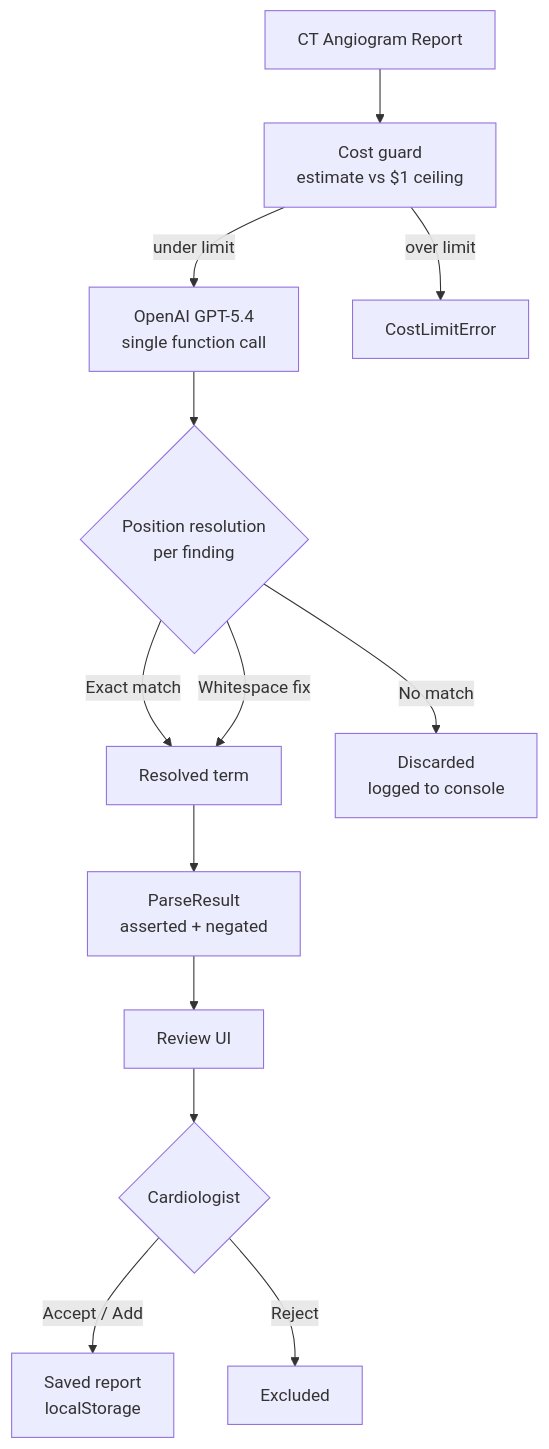
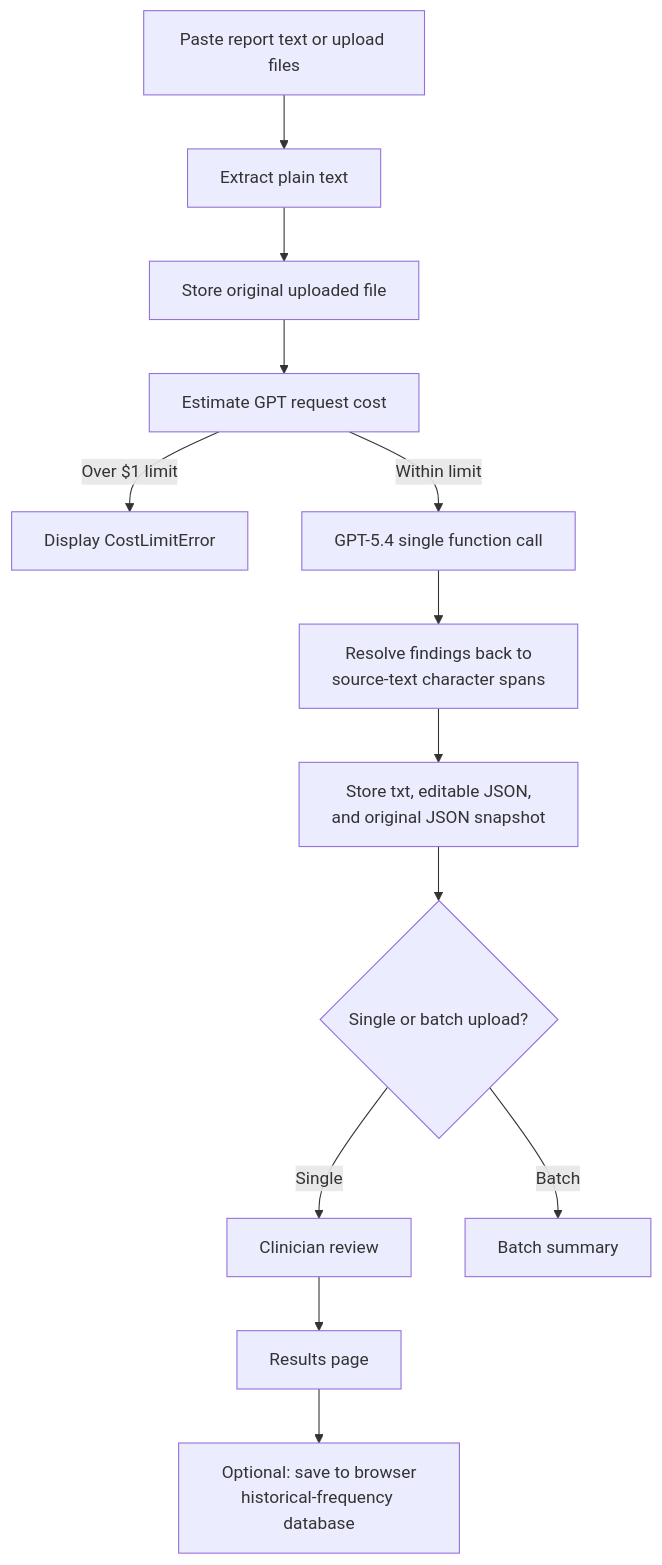
One commit to nino-triandafilidis/coronary-anomaly-analytics changed the third of 3 diagrams in README.md. Above: the diagram before and after it, drawn with Mermaid. The commit also changed other lines of this file, not shown here.

````diff
--- a/README.md
+++ b/README.md
@@ -26,15 +113,15 @@
 ```mermaid
 flowchart TD
-    A[CT Angiogram Report] --> B[Cost guard\nestimate vs $1 ceiling]
-    B -->|under limit| C[OpenAI GPT-5.4\nsingle function call]
-    B -->|over limit| H[CostLimitError]
-    C --> D{Position resolution\nper finding}
-    D -->|Exact match| E[Resolved term]
-    D -->|Whitespace fix| E
-    D -->|No match| F[Discarded\nlogged to console]
-    E --> G[ParseResult\nasserted + negated]
-    G --> R[Review UI]
-    R --> S{Cardiologist}
-    S -->|Accept / Add| DB[Saved report\nlocalStorage]
-    S -->|Reject| X[Excluded]
+    A[Paste report text or upload files] --> B[Extract plain text]
+    B --> C[Store original uploaded file]
+    C --> D[Estimate GPT request cost]
+    D -->|Over $1 limit| X[Display CostLimitError]
+    D -->|Within limit| E[GPT-5.4 single function call]
+    E --> F[Resolve findings back to<br/>source-text character spans]
+    F --> G[Store txt, editable JSON,<br/>and original JSON snapshot]
+    G --> H{Single or batch upload?}
+    H -->|Single| I[Clinician review]
+    H -->|Batch| J[Batch summary]
+    I --> K[Results page]
+    K --> L[Optional: save to browser<br/>historical-frequency database]
 ```
````
